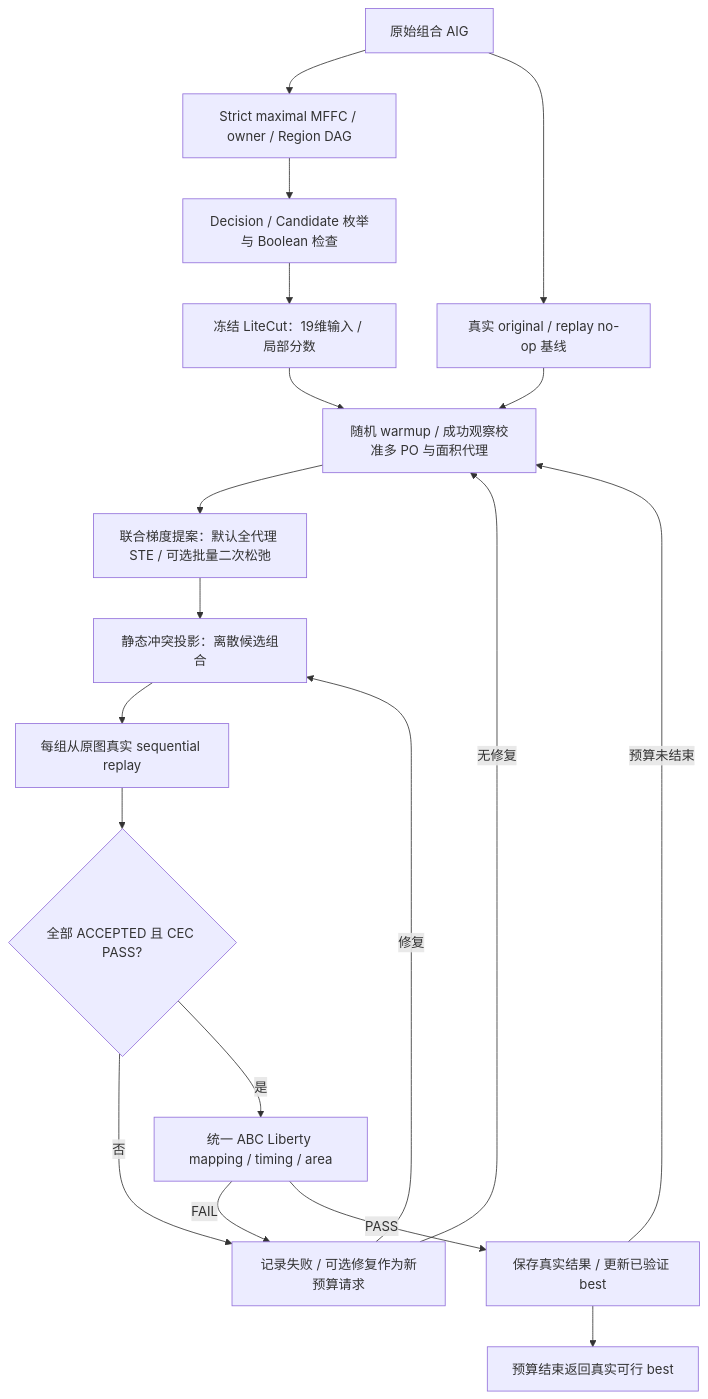
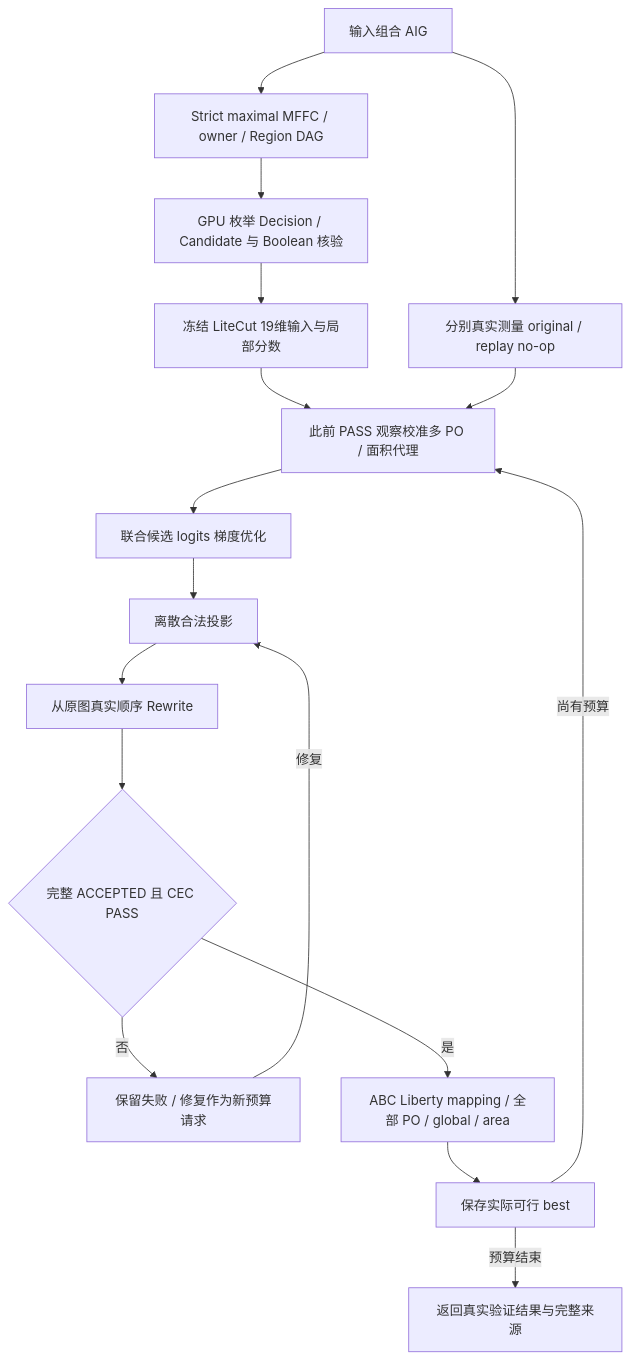
Before and after one commit to Appleeyelala/CULS_LiteCut: the diagram in GRADIENT_OPTIMIZATION_STATUS.md, drawn with Mermaid. The commit also changed other lines of this file, not shown here.

````diff
--- a/GRADIENT_OPTIMIZATION_STATUS.md
+++ b/GRADIENT_OPTIMIZATION_STATUS.md
@@ -45,21 +41,19 @@
 ```mermaid
 flowchart TD
-    A[原始组合 AIG] --> B[Strict maximal MFFC / owner / Region DAG]
-    B --> C[Decision / Candidate 枚举与 Boolean 检查]
-    C --> D[冻结 LiteCut：19维输入 / 局部分数]
-    A --> E[真实 original / replay no-op 基线]
-    D --> F[随机 warmup / 成功观察校准多 PO 与面积代理]
+    A[输入组合 AIG] --> B[Strict maximal MFFC / owner / Region DAG]
+    B --> C[GPU 枚举 Decision / Candidate 与 Boolean 核验]
+    C --> D[冻结 LiteCut 19维输入与局部分数]
+    A --> E[分别真实测量 original / replay no-op]
+    D --> F[此前 PASS 观察校准多 PO / 面积代理]
     E --> F
-    F --> G[联合梯度提案：默认全代理 STE / 可选批量二次松弛]
-    G --> H[静态冲突投影：离散候选组合]
-    H --> I[每组从原图真实 sequential replay]
-    I --> J{全部 ACCEPTED 且 CEC PASS?}
-    J -- 否 --> M[记录失败 / 可选修复作为新预算请求]
-    M -- 修复 --> H
-    M -- 无修复 --> F
-    J -- 是 --> K[统一 ABC Liberty mapping / timing / area]
-    K -- FAIL --> M
-    K -- PASS --> L[保存真实结果 / 更新已验证 best]
-    L -- 预算未结束 --> F
-    L --> N[预算结束返回真实可行 best]
+    F --> G[联合候选 logits 梯度优化]
+    G --> H[离散合法投影]
+    H --> I[从原图真实顺序 Rewrite]
+    I --> J{完整 ACCEPTED 且 CEC PASS}
+    J -- 否 --> K[保留失败 / 修复作为新预算请求]
+    K -- 修复 --> H
+    J -- 是 --> L[ABC Liberty mapping / 全部 PO / global / area]
+    L --> M[保存实际可行 best]
+    M -- 尚有预算 --> F
+    M -- 预算结束 --> N[返回真实验证结果与完整来源]
 ```
````
